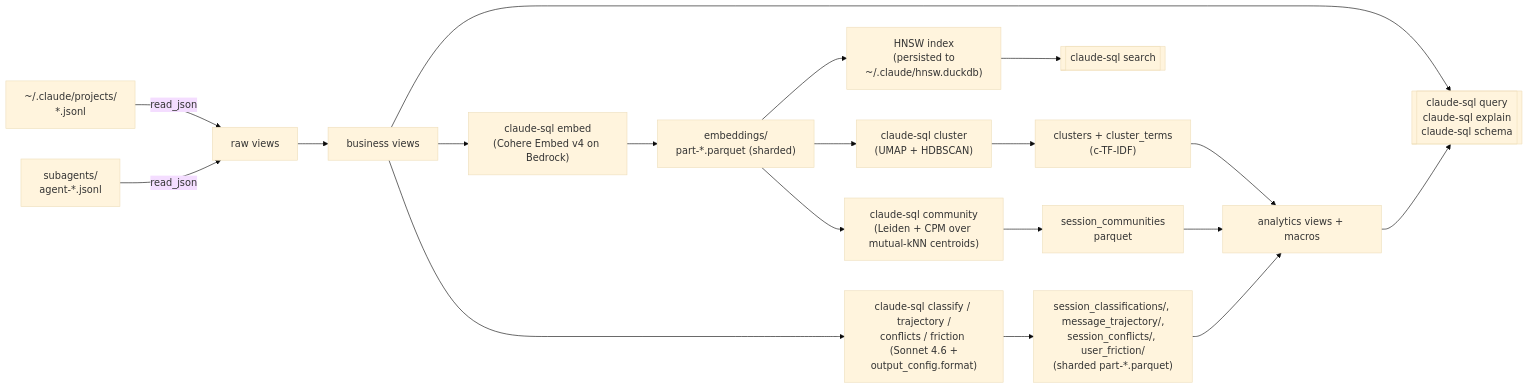
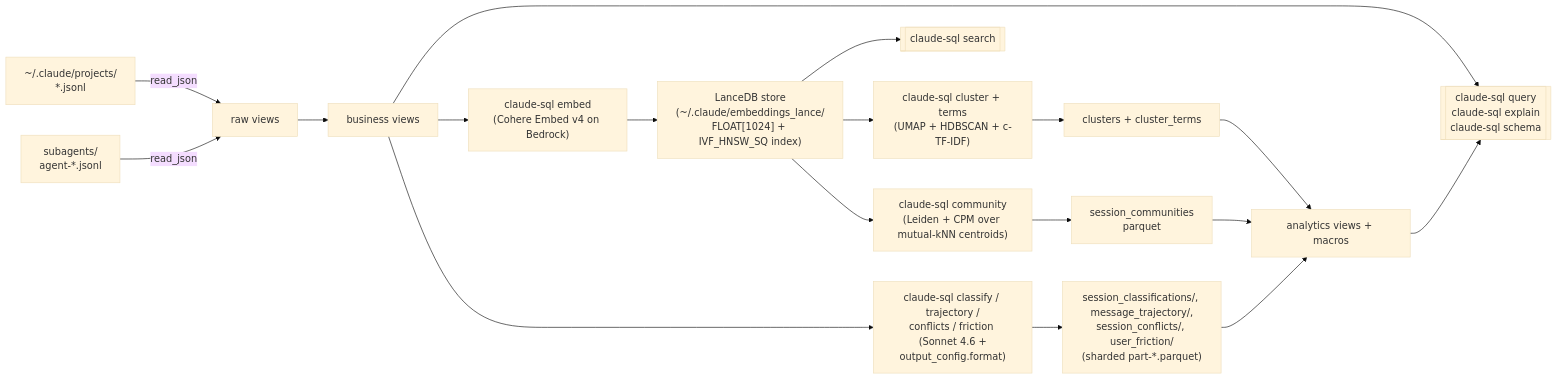
One commit to theagenticguy/claude-sql changed the diagram in README.md. Above: the diagram before and after it, drawn with Mermaid (base theme). The commit also changed other lines of this file, not shown here.

Commit message:
docs(readme): reflect PyPI publish, LanceDB store, and eval/provenance commands (#88)

````diff
--- a/README.md
+++ b/README.md
@@ -66,21 +66,20 @@
 ```mermaid
 flowchart LR
     J["~/.claude/projects/<br/>*.jsonl"] -->|read_json| R[raw views]
     J2["subagents/<br/>agent-*.jsonl"] -->|read_json| R
     R --> V[business views]
     V --> Q[["claude-sql query<br/>claude-sql explain<br/>claude-sql schema"]]
     V --> E["claude-sql embed<br/>(Cohere Embed v4 on Bedrock)"]
-    E --> P["embeddings/<br/>part-*.parquet (sharded)"]
-    P --> H["HNSW index<br/>(persisted to<br/>~/.claude/hnsw.duckdb)"]
-    H --> S[["claude-sql search"]]
+    E --> P["LanceDB store<br/>(~/.claude/embeddings_lance/<br/>FLOAT[1024] + IVF_HNSW_SQ index)"]
+    P --> S[["claude-sql search"]]
     V --> L["claude-sql classify / trajectory /<br/>conflicts / friction (Sonnet 4.6 +<br/>output_config.format)"]
     L --> PA["session_classifications/, message_trajectory/,<br/>session_conflicts/, user_friction/<br/>(sharded part-*.parquet)"]
-    P --> C["claude-sql cluster<br/>(UMAP + HDBSCAN)"]
-    C --> PC["clusters + cluster_terms<br/>(c-TF-IDF)"]
+    P --> C["claude-sql cluster + terms<br/>(UMAP + HDBSCAN + c-TF-IDF)"]
+    C --> PC["clusters + cluster_terms"]
     P --> CM["claude-sql community<br/>(Leiden + CPM over mutual-kNN centroids)"]
     CM --> PM["session_communities<br/>parquet"]
     PA --> AV[analytics views + macros]
     PC --> AV
     PM --> AV
     AV --> Q
 ```
````
